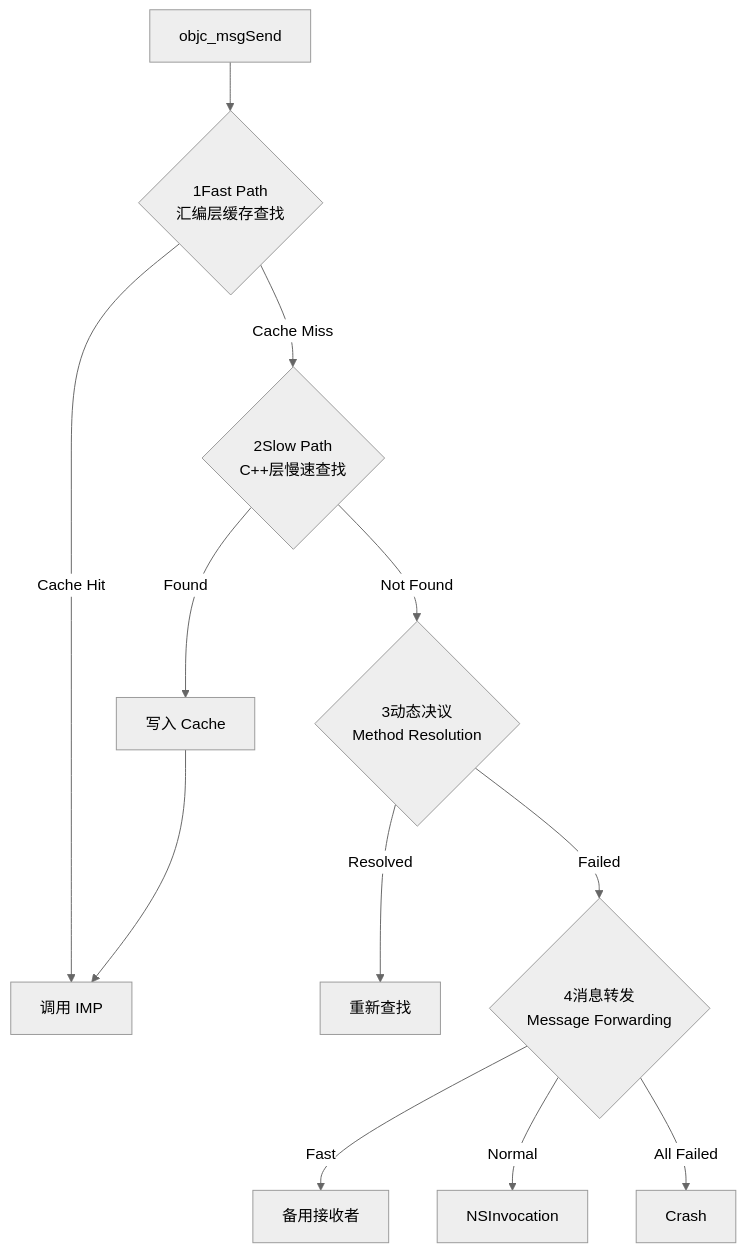
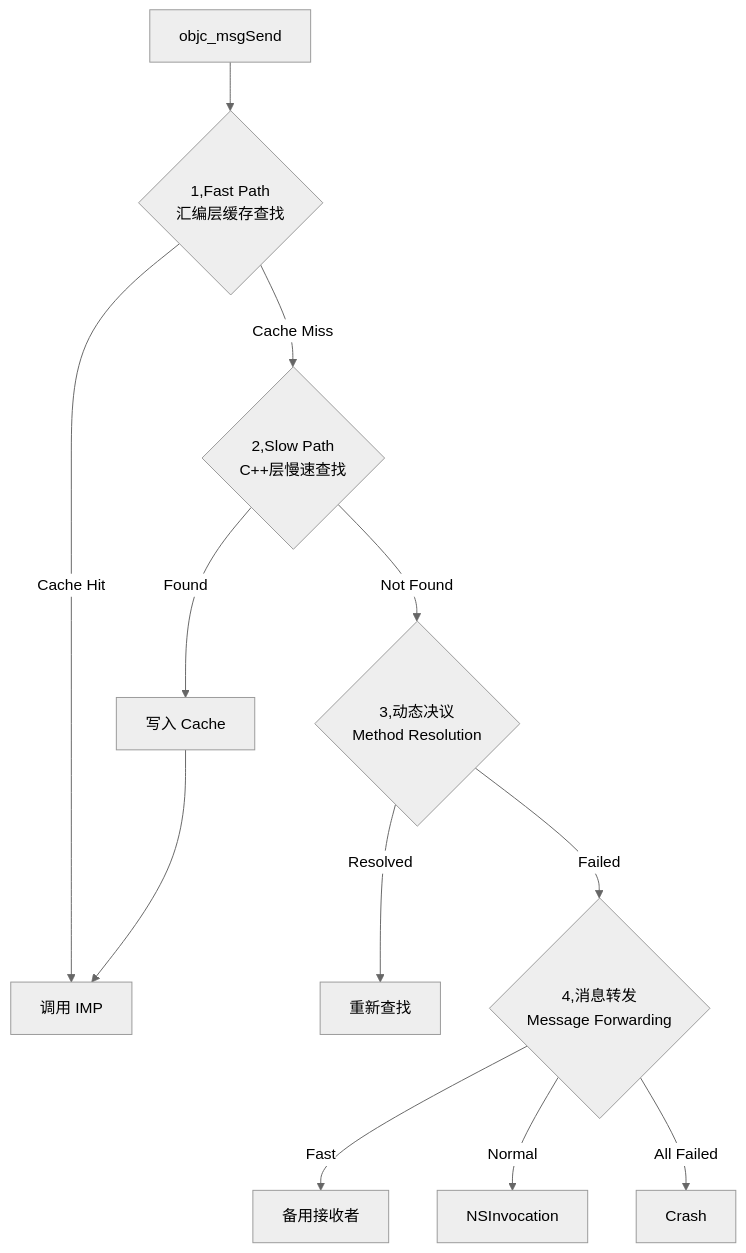
One commit to macong0420/minimal-astro-portfolio changed the diagram in src/content/blog/iOS Runtime 深度剖析：从底层结构到架构设计.md. Above: the diagram before and after it, drawn with Mermaid (neutral theme). The commit also changed 11 other files, not shown here.

````diff
--- a/src/content/blog/iOS Runtime 深度剖析：从底层结构到架构设计.md
+++ b/src/content/blog/iOS Runtime 深度剖析：从底层结构到架构设计.md
@@ -19,13 +19,13 @@
 ```mermaid
 graph TD
-    Start[objc_msgSend] --> A{1Fast Path<br/>汇编层缓存查找}
+    Start[objc_msgSend] --> A{1,Fast Path<br/>汇编层缓存查找}
     A -->|Cache Hit| IMP[调用 IMP]
-    A -->|Cache Miss| B{2Slow Path<br/>C++层慢速查找}
+    A -->|Cache Miss| B{2,Slow Path<br/>C++层慢速查找}
     B -->|Found| FillCache[写入 Cache] --> IMP
-    B -->|Not Found| C{3动态决议<br/>Method Resolution}
+    B -->|Not Found| C{3,动态决议<br/>Method Resolution}
     C -->|Resolved| Retry[重新查找]
-    C -->|Failed| D{4消息转发<br/>Message Forwarding}
+    C -->|Failed| D{4,消息转发<br/>Message Forwarding}
     D -->|Fast| Target[备用接收者]
     D -->|Normal| Invo[NSInvocation]
     D -->|All Failed| Crash[Crash]
 ```
````
